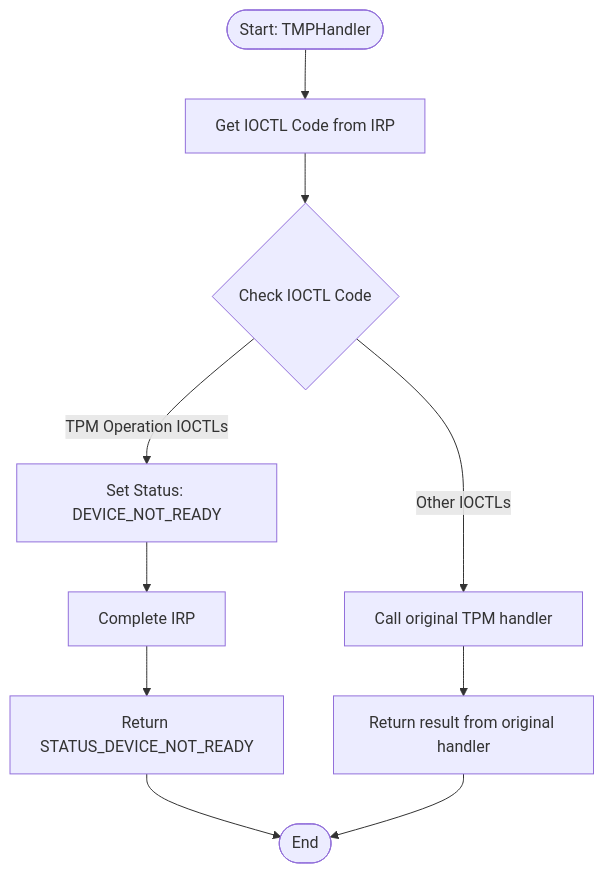
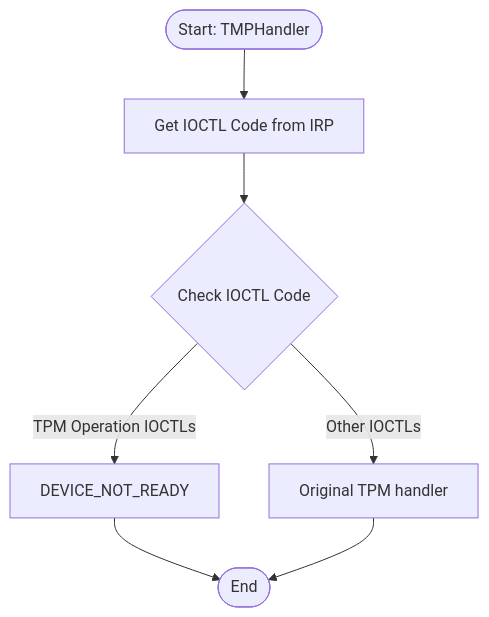
Before and after one commit to Arty3/Battleye-HWID-Spoofer: the second of 4 diagrams in README.md, drawn with Mermaid. The commit also changed other lines of this file, not shown here.

````diff
--- a/README.md
+++ b/README.md
@@ -231,15 +231,12 @@
 ```mermaid
 flowchart TD
 	Start([Start: TMPHandler]) --> GetIOCTL[Get IOCTL Code from IRP]
 	GetIOCTL --> CheckIOCTL{Check IOCTL Code}
 	
-	CheckIOCTL -->|TPM Operation IOCTLs| TPMOp[Set Status: DEVICE_NOT_READY]
-	TPMOp --> CompleteRequest[Complete IRP]
-	CompleteRequest --> ReturnDNR[Return STATUS_DEVICE_NOT_READY]
+	CheckIOCTL -->|TPM Operation IOCTLs| TPMOp[DEVICE_NOT_READY]
 	
-	CheckIOCTL -->|Other IOCTLs| OrigHandler[Call original TPM handler]
-	OrigHandler --> ReturnOrig[Return result from original handler]
+	CheckIOCTL -->|Other IOCTLs| ReturnOrig[Original TPM handler]
 	
-	ReturnDNR --> End([End])
+	TPMOp --> End([End])
 	ReturnOrig --> End
 ```
````
